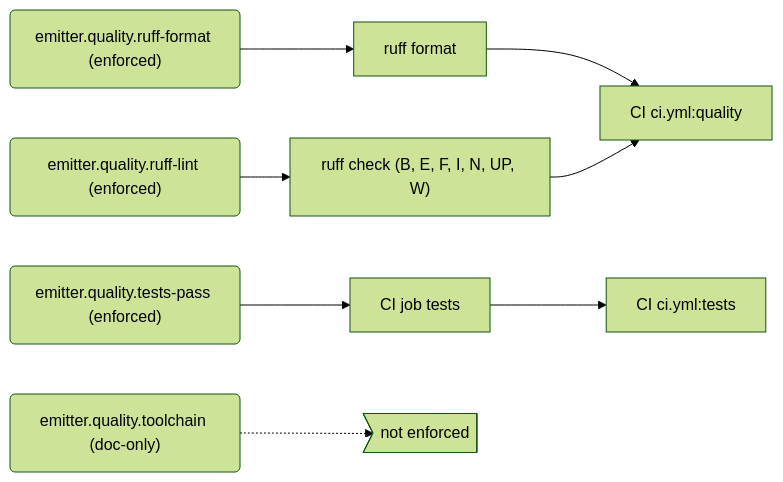
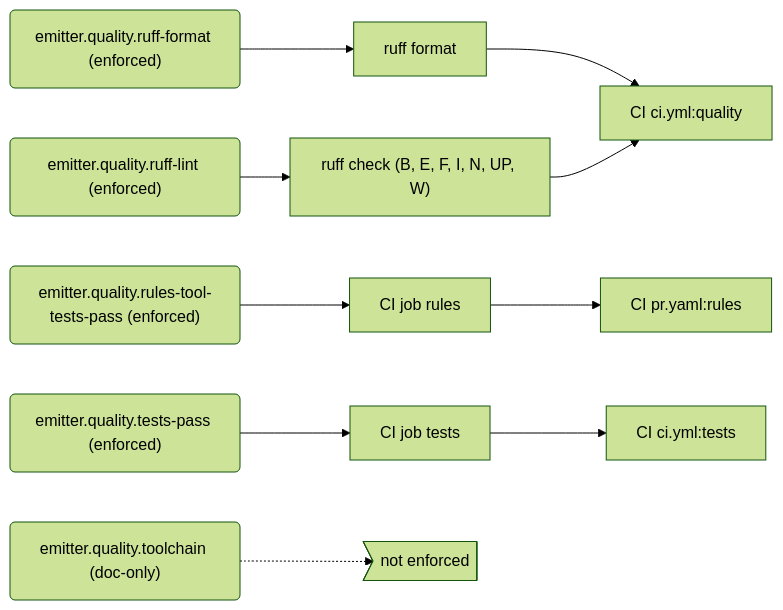
Before and after one commit to PolicyEngine/local-services: the sixth of 8 diagrams in docs/generated/rules.md, drawn with Mermaid (forest theme). The commit also changed other lines of this file and 3 other files, not shown here.

````diff
--- a/docs/generated/rules.md
+++ b/docs/generated/rules.md
@@ -219,20 +225,25 @@
 ```mermaid
 flowchart LR
   r_emitter_quality_ruff_format("emitter.quality.ruff-format (enforced)")
   e_ruff_format["ruff format"]
   j_CI_ci_yml_quality["CI ci.yml:quality"]
   r_emitter_quality_ruff_lint("emitter.quality.ruff-lint (enforced)")
   e_ruff_check__B__E__F__I__N__UP__W_["ruff check (B, E, F, I, N, UP, W)"]
+  r_emitter_quality_rules_tool_tests_pass("emitter.quality.rules-tool-tests-pass (enforced)")
+  e_CI_job_rules["CI job rules"]
+  j_CI_pr_yaml_rules["CI pr.yaml:rules"]
   r_emitter_quality_tests_pass("emitter.quality.tests-pass (enforced)")
   e_CI_job_tests["CI job tests"]
   j_CI_ci_yml_tests["CI ci.yml:tests"]
   r_emitter_quality_toolchain("emitter.quality.toolchain (doc-only)")
   gap_unenforced>"not enforced"]
   r_emitter_quality_ruff_format --> e_ruff_format
   e_ruff_format --> j_CI_ci_yml_quality
   r_emitter_quality_ruff_lint --> e_ruff_check__B__E__F__I__N__UP__W_
   e_ruff_check__B__E__F__I__N__UP__W_ --> j_CI_ci_yml_quality
+  r_emitter_quality_rules_tool_tests_pass --> e_CI_job_rules
+  e_CI_job_rules --> j_CI_pr_yaml_rules
   r_emitter_quality_tests_pass --> e_CI_job_tests
   e_CI_job_tests --> j_CI_ci_yml_tests
   r_emitter_quality_toolchain -.-> gap_unenforced
 ```
````
